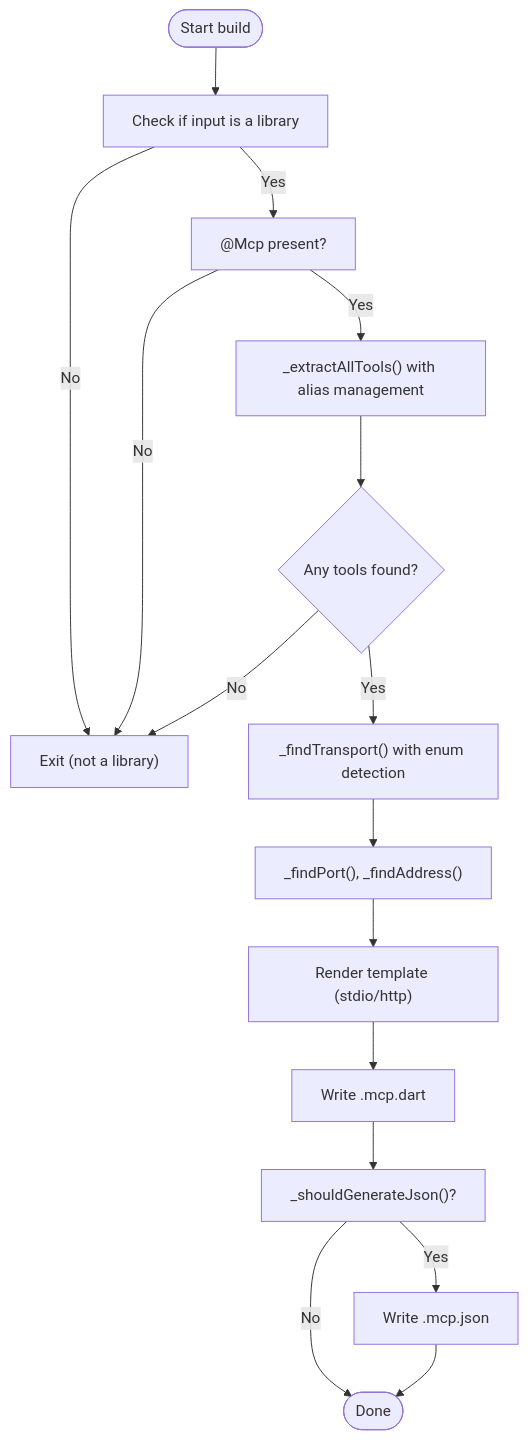
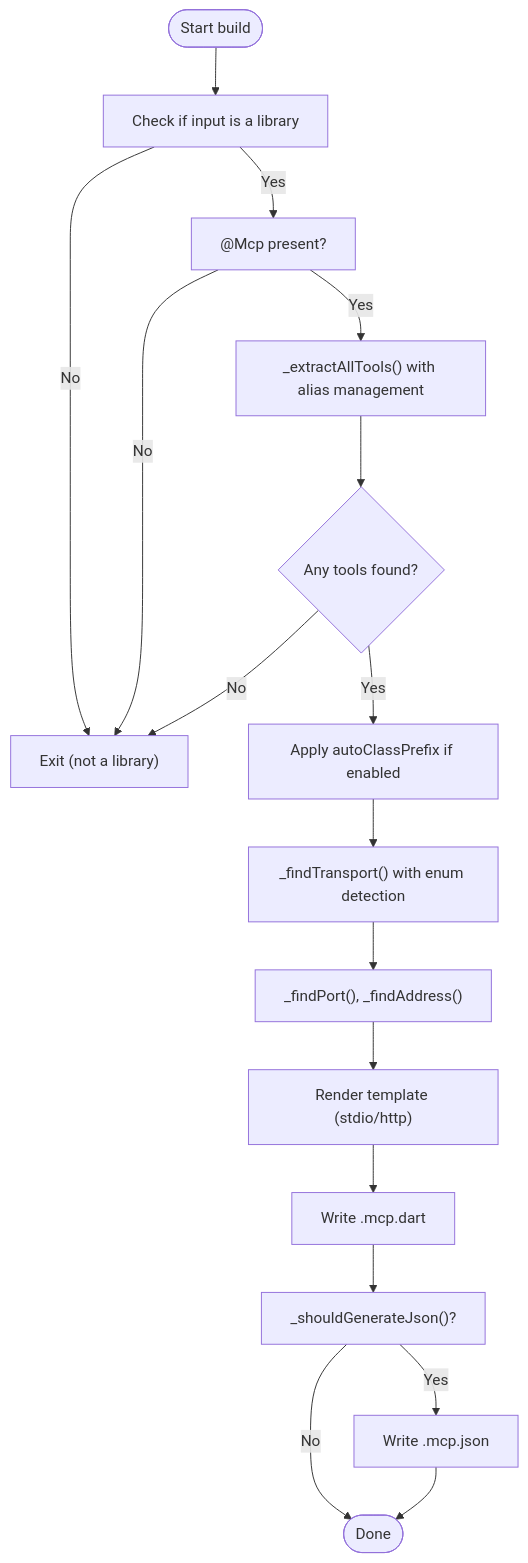
Before and after one commit to cdavis-code/easy_mcp_workspace: the third of 7 diagrams in .qoder/repowiki/en/content/Code Generation Engine/Code Generation Engine.md, drawn with Mermaid. The commit also changed other lines of this file and 3 other files, not shown here.

````diff
--- a/.qoder/repowiki/en/content/Code Generation Engine/Code Generation Engine.md
+++ b/.qoder/repowiki/en/content/Code Generation Engine/Code Generation Engine.md
@@ -203,18 +207,19 @@
 ```mermaid
 flowchart TD
 Start(["Start build"]) --> LibCheck["Check if input is a library"]
 LibCheck --> |No| Exit["Exit (not a library)"]
 LibCheck --> |Yes| HasMcp["@Mcp present?"]
 HasMcp --> |No| Exit
 HasMcp --> |Yes| ExtractTools["_extractAllTools() with alias management"]
 ExtractTools --> ToolsFound{"Any tools found?"}
 ToolsFound --> |No| Exit
-ToolsFound --> |Yes| Transport["_findTransport() with enum detection"]
+ToolsFound --> |Yes| AutoPrefix["Apply autoClassPrefix if enabled"]
+AutoPrefix --> Transport["_findTransport() with enum detection"]
 Transport --> HttpConfig["_findPort(), _findAddress()"]
 HttpConfig --> GenCode["Render template (stdio/http)"]
 GenCode --> WriteDart["Write .mcp.dart"]
 WriteDart --> JsonCheck["_shouldGenerateJson()?"]
 JsonCheck --> |Yes| WriteJson["Write .mcp.json"]
 JsonCheck --> |No| Done(["Done"])
 WriteJson --> Done
 ```
````
